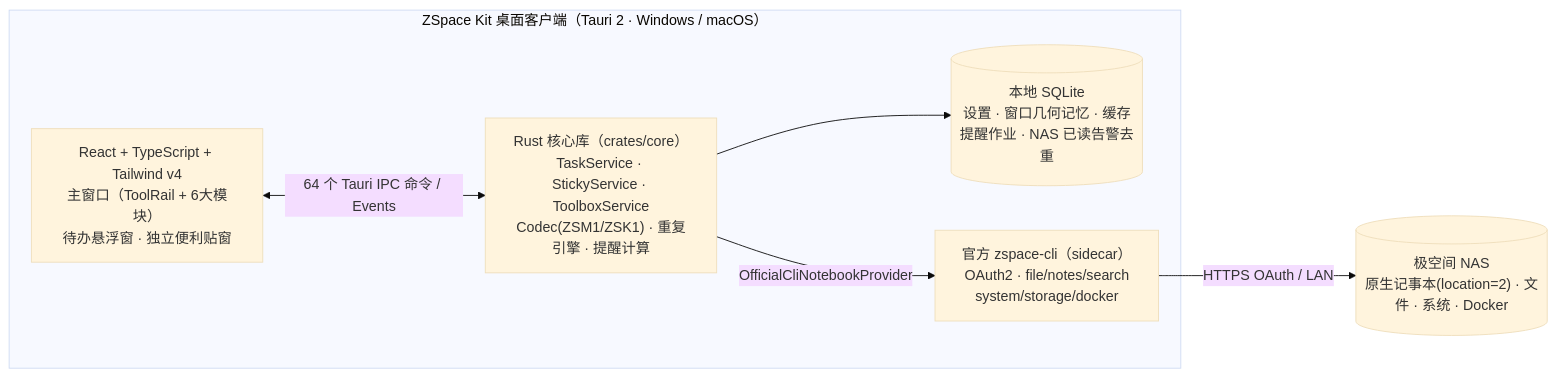
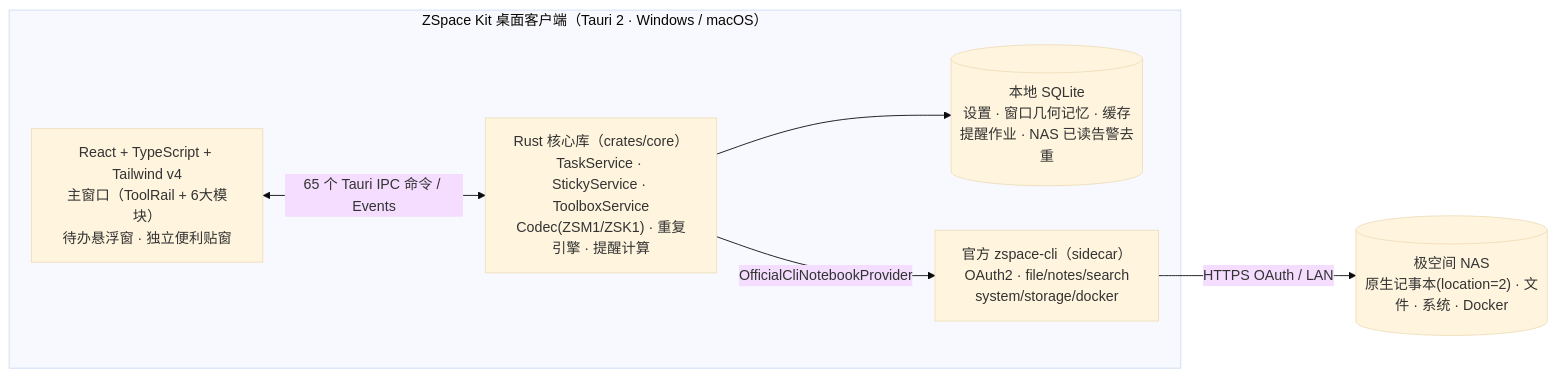
The diagram in README.md (garyhj/ZSpaceMemo), drawn with Mermaid (base theme) before and after one commit. The commit also changed other lines of this file and 23 other files, not shown here.

````diff
--- a/README.md
+++ b/README.md
@@ -49,14 +49,14 @@
 ```mermaid
 flowchart LR
   subgraph App["ZSpace Kit 桌面客户端（Tauri 2 · Windows / macOS）"]
     UI["React + TypeScript + Tailwind v4<br/>主窗口（ToolRail + 6大模块）<br/>待办悬浮窗 · 独立便利贴窗"]
     CORE["Rust 核心库（crates/core）<br/>TaskService · StickyService · ToolboxService<br/>Codec(ZSM1/ZSK1) · 重复引擎 · 提醒计算"]
     DB[("本地 SQLite<br/>设置 · 窗口几何记忆 · 缓存<br/>提醒作业 · NAS 已读告警去重")]
     CLI["官方 zspace-cli（sidecar）<br/>OAuth2 · file/notes/search<br/>system/storage/docker"]
   end
   NAS[("极空间 NAS<br/>原生记事本(location=2) · 文件 · 系统 · Docker")]
 
-  UI <-->|64 个 Tauri IPC 命令 / Events| CORE
+  UI <-->|65 个 Tauri IPC 命令 / Events| CORE
   CORE --> DB
   CORE -->|OfficialCliNotebookProvider| CLI -->|HTTPS OAuth / LAN| NAS
 ```
````
